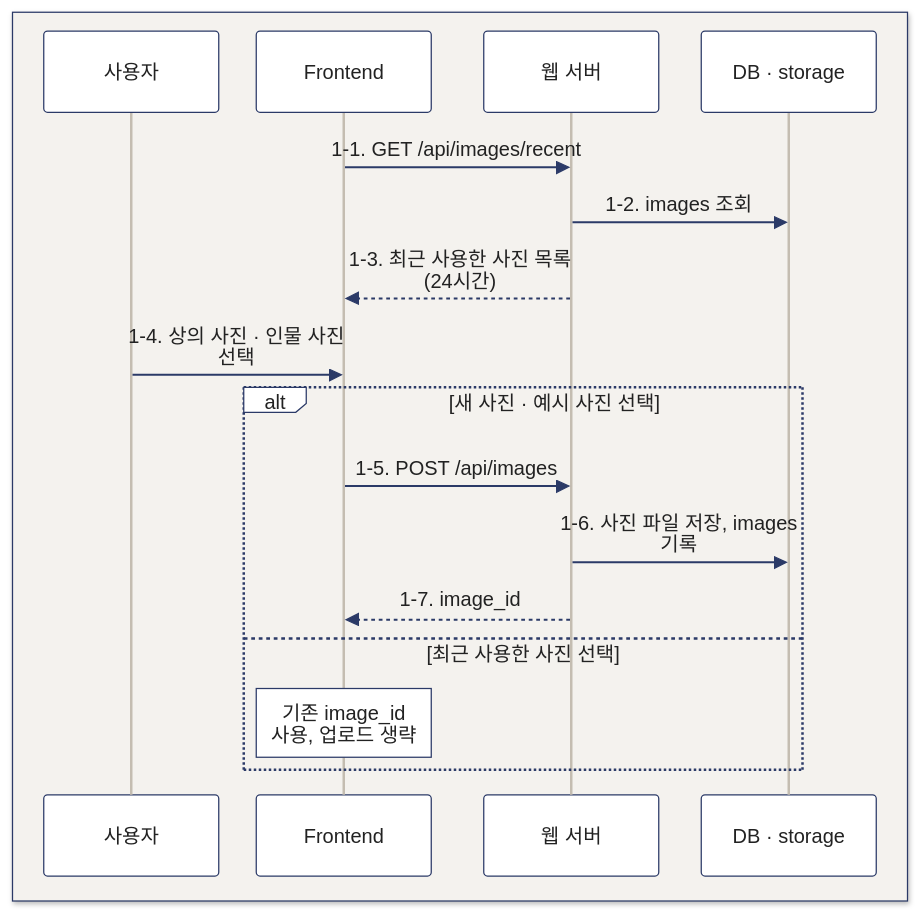
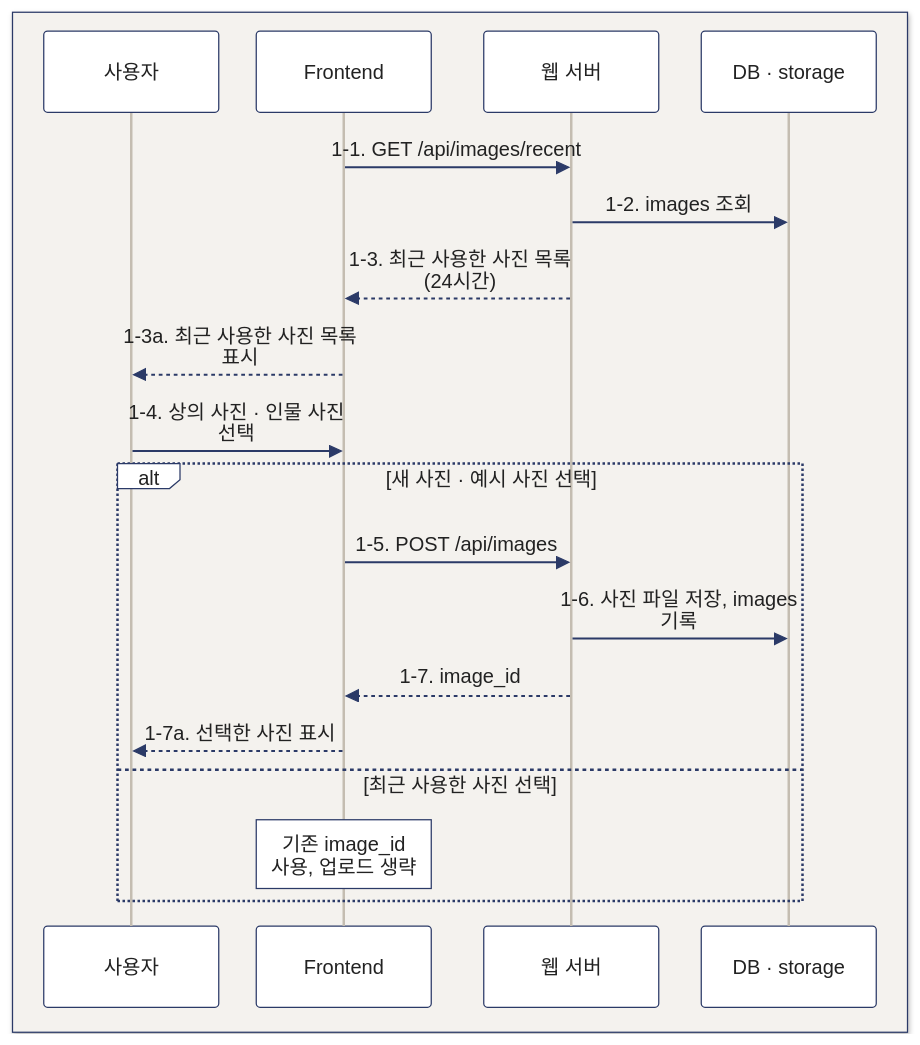
Before and after one commit to Jenny5789/CGI_MOA: the second of 6 diagrams in README.md, drawn with Mermaid. The commit also changed other lines of this file, not shown here.

First line of the commit message:
docs: README 접기 정리와 시퀀스 다이어그램 보완

````diff
--- a/README.md
+++ b/README.md
@@ -206,21 +209,23 @@
 ```mermaid
 %%{init: {'theme':'base','themeVariables':{'fontSize':'18px','primaryColor':'#ffffff','primaryBorderColor':'#2b3a67','primaryTextColor':'#222222','textColor':'#222222','lineColor':'#2b3a67','mainBkg':'#ffffff','nodeBorder':'#2b3a67','secondaryColor':'#f4f2ee','tertiaryColor':'#f4f2ee','edgeLabelBackground':'#f4f2ee','actorBkg':'#ffffff','actorBorder':'#2b3a67','actorTextColor':'#222222','actorLineColor':'#c4bdb1','signalColor':'#2b3a67','signalTextColor':'#222222','labelBoxBkgColor':'#ffffff','labelBoxBorderColor':'#2b3a67','labelTextColor':'#222222','loopTextColor':'#222222','noteBkgColor':'#ffffff','noteBorderColor':'#2b3a67','noteTextColor':'#222222'},'sequence':{'actorMargin':30,'width':140,'wrap':true}}}%%
 sequenceDiagram
     box rgb(244,242,238)
         participant U as 사용자
         participant F as Frontend
         participant B as 웹 서버
         participant S as DB · storage
     end
     F->>B: 1-1. GET /api/images/recent
     B->>S: 1-2. images 조회
     B-->>F: 1-3. 최근 사용한 사진 목록 (24시간)
+    F-->>U: 1-3a. 최근 사용한 사진 목록 표시
     U->>F: 1-4. 상의 사진 · 인물 사진 선택
     alt 새 사진 · 예시 사진 선택
         F->>B: 1-5. POST /api/images
         B->>S: 1-6. 사진 파일 저장, images 기록
         B-->>F: 1-7. image_id
+        F-->>U: 1-7a. 선택한 사진 표시
     else 최근 사용한 사진 선택
         Note over F: 기존 image_id 사용, 업로드 생략
     end
 ```
````
